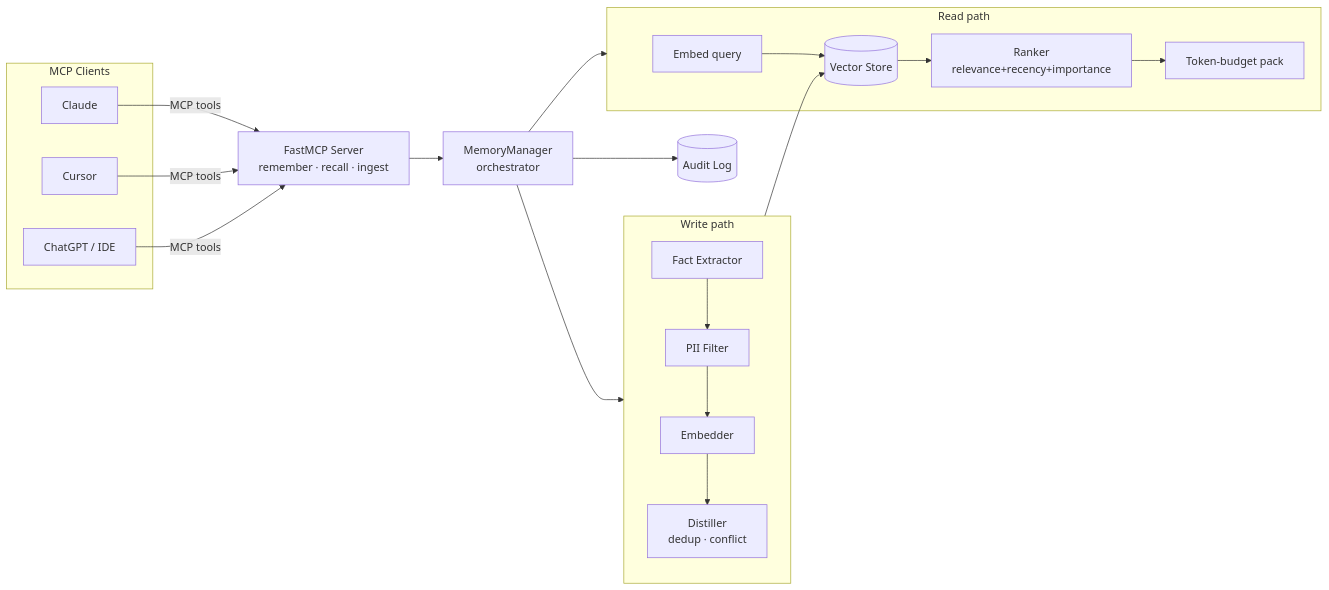
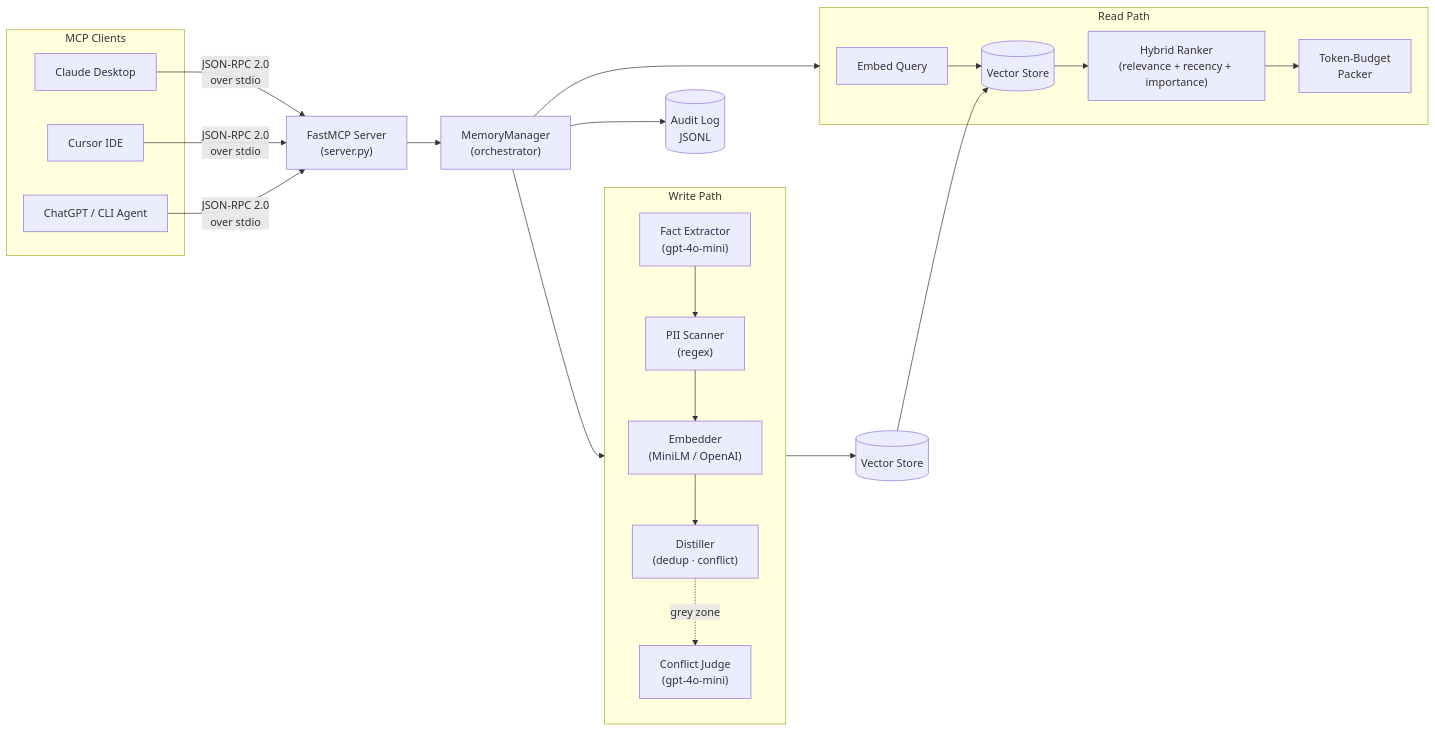
Before and after one commit to vaibhi99/MemMCP: the diagram in README.md, drawn with Mermaid. The commit also changed other lines of this file and 17 other files, not shown here.

````diff
--- a/README.md
+++ b/README.md
@@ -37,21 +55,29 @@
 ```mermaid
 flowchart LR
     subgraph Clients["MCP Clients"]
-        C1[Claude]
-        C2[Cursor]
-        C3[ChatGPT / IDE]
-    end
-    C1 & C2 & C3 -->|MCP tools| SRV[FastMCP Server<br/>remember · recall · ingest]
-    SRV --> MM[MemoryManager<br/>orchestrator]
-
-    subgraph Write["Write path"]
-        EX[Fact Extractor] --> PII[PII Filter] --> EMB[Embedder] --> DIS[Distiller<br/>dedup · conflict]
-    end
-    subgraph Read["Read path"]
-        Q[Embed query] --> VS[(Vector Store)] --> RK[Ranker<br/>relevance+recency+importance] --> PK[Token-budget pack]
+        C1[Claude Desktop]
+        C2[Cursor IDE]
+        C3[ChatGPT / CLI Agent]
     end
 
-    MM --> Write --> VS
+    C1 & C2 & C3 -->|"JSON-RPC 2.0\nover stdio"| SRV["FastMCP Server\n(server.py)"]
+    SRV --> MM["MemoryManager\n(orchestrator)"]
+
+    subgraph Write["Write Path"]
+        EX["Fact Extractor\n(gpt-4o-mini)"] --> PII["PII Scanner\n(regex)"]
+        PII --> EMB["Embedder\n(MiniLM / OpenAI)"]
+        EMB --> DIS["Distiller\n(dedup · conflict)"]
+        DIS -.->|"grey zone"| JDG["Conflict Judge\n(gpt-4o-mini)"]
+    end
+
+    subgraph Read["Read Path"]
+        QE["Embed Query"] --> VS[(Vector Store)]
+        VS --> RK["Hybrid Ranker\n(relevance + recency + importance)"]
+        RK --> PK["Token-Budget\nPacker"]
+    end
+
+    MM --> Write --> STORE[(Vector Store)]
     MM --> Read
-    MM --> AUD[(Audit Log)]
+    STORE --> VS
+    MM --> AUD[(Audit Log\nJSONL)]
 ```
````
